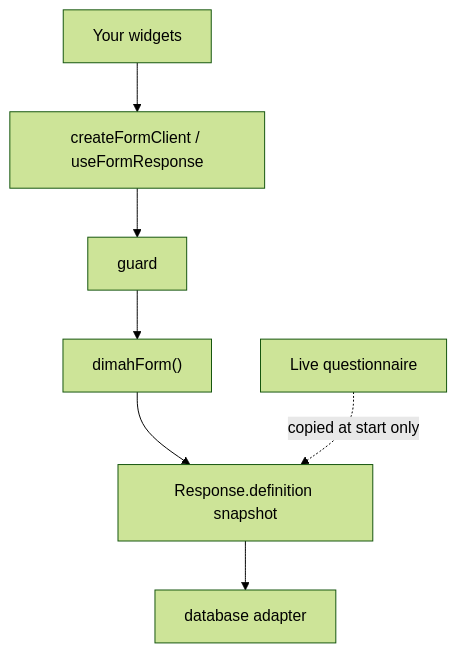
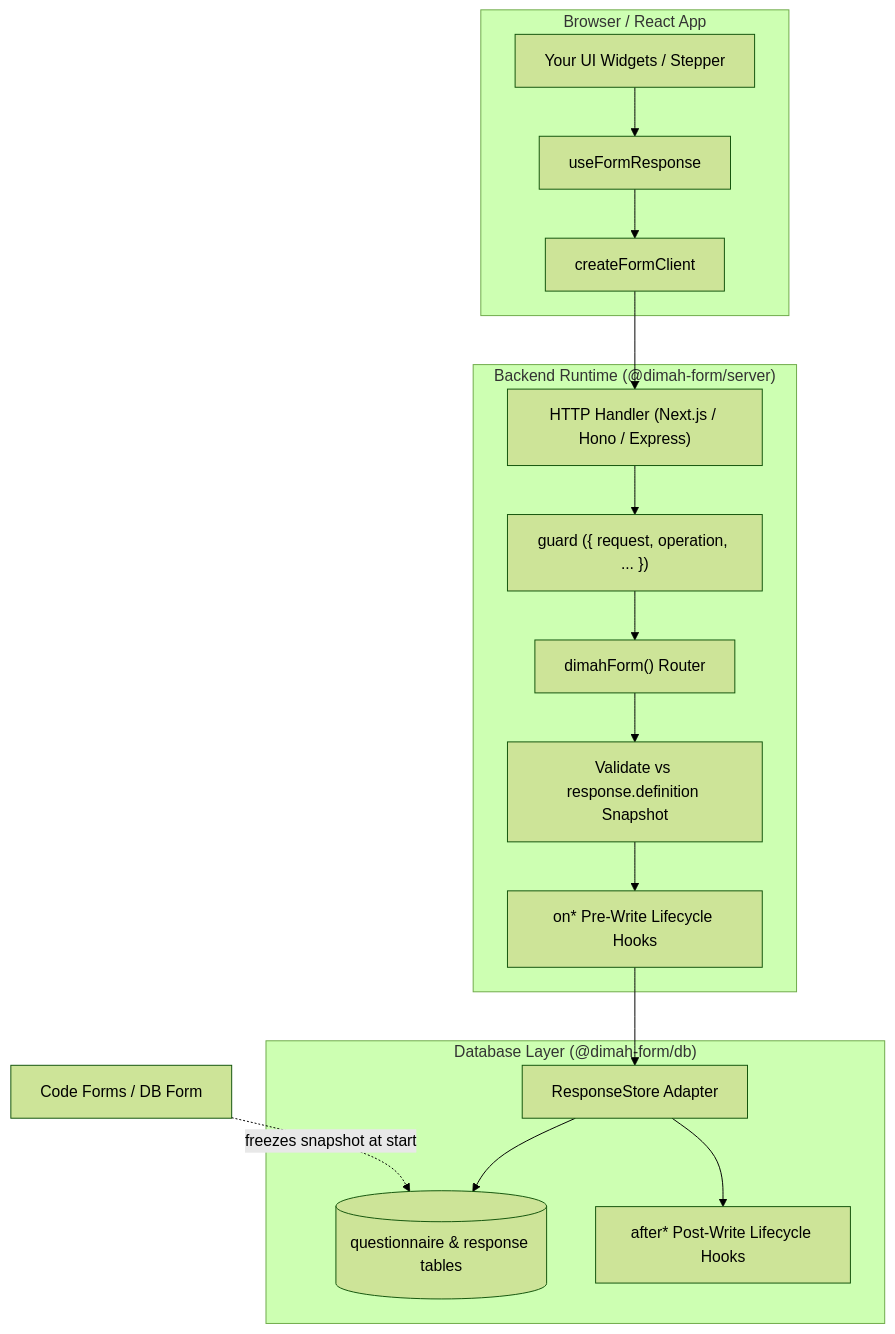
Before and after one commit to dimah-kz/dimah-form: the diagram in apps/docs/content/docs/(guide)/architecture.mdx, drawn with Mermaid (forest theme). The commit also changed other lines of this file and 33 other files, not shown here.

````diff
--- a/apps/docs/content/docs/(guide)/architecture.mdx
+++ b/apps/docs/content/docs/(guide)/architecture.mdx
@@ -20,9 +43,23 @@
 ```mermaid
 flowchart TD
-  UI["Your widgets"] --> Client["createFormClient / useFormResponse"]
-  Client --> Guard["guard"]
-  Guard --> Server["dimahForm()"]
-  Server --> Snap["Response.definition snapshot"]
-  Snap --> DB["database adapter"]
-  Live["Live questionnaire"] -.->|"copied at start only"| Snap
+  subgraph Client ["Browser / React App"]
+    UI["Your UI Widgets / Stepper"] --> Hook["useFormResponse"]
+    Hook --> HTTPClient["createFormClient"]
+  end
+
+  subgraph Server ["Backend Runtime (@dimah-form/server)"]
+    HTTPClient --> Route["HTTP Handler (Next.js / Hono / Express)"]
+    Route --> Guard["guard ({ request, operation, ... })"]
+    Guard --> Engine["dimahForm() Router"]
+    Engine --> SnapshotVal["Validate vs response.definition Snapshot"]
+    SnapshotVal --> PreHooks["on* Pre-Write Lifecycle Hooks"]
+  end
+
+  subgraph Storage ["Database Layer (@dimah-form/db)"]
+    PreHooks --> Store["ResponseStore Adapter"]
+    Store --> Tables[("questionnaire & response tables")]
+    Store --> PostHooks["after* Post-Write Lifecycle Hooks"]
+  end
+
+  LiveDoc["Code Forms / DB Form"] -.->|"freezes snapshot at start"| Tables
 ```
````
